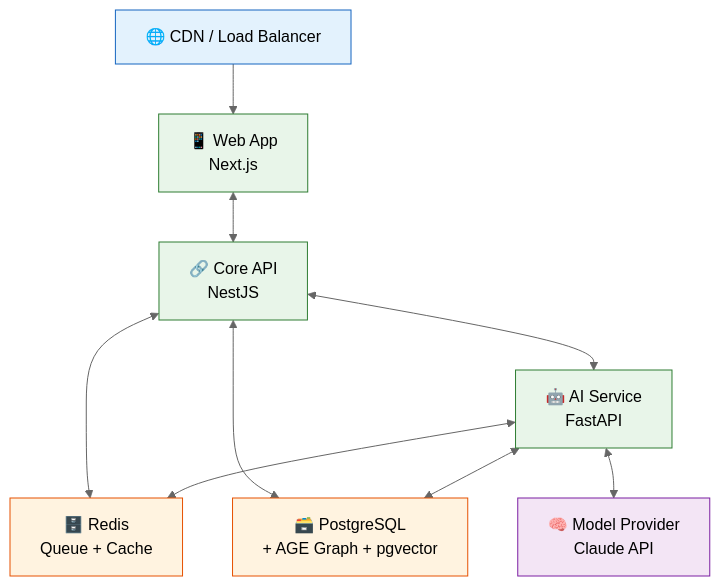
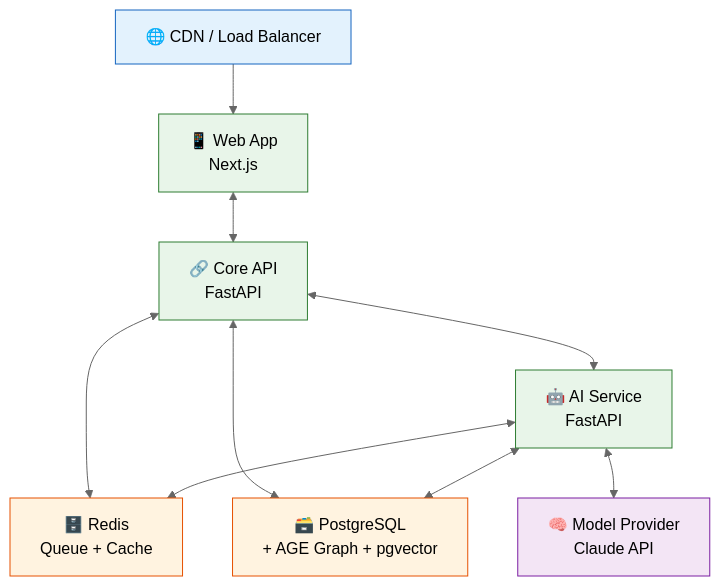
One commit to Driftloom/Vaeloom changed the diagram in docs/devops/README.md. Above: the diagram before and after it, drawn with Mermaid (neutral theme). The commit also changed other lines of this file and 159 other files, not shown here.

````diff
--- a/docs/devops/README.md
+++ b/docs/devops/README.md
@@ -26,29 +31,29 @@
 ```mermaid
 graph TD
     CDN["🌐 CDN / Load Balancer"]
     WEB["📱 Web App<br/>Next.js"]
-    API["🔗 Core API<br/>NestJS"]
+    API["🔗 Core API<br/>FastAPI"]
     AI["🤖 AI Service<br/>FastAPI"]
     REDIS["🗄️ Redis<br/>Queue + Cache"]
     DB["🗃️ PostgreSQL<br/>+ AGE Graph + pgvector"]
     MODEL["🧠 Model Provider<br/>Claude API"]
 
     CDN --> WEB
     WEB <--> API
     API <--> AI
     API <--> REDIS
     API <--> DB
     AI <--> REDIS
     AI <--> DB
     AI <--> MODEL
 
     classDef infra fill:#e3f2fd,stroke:#1565c0
     classDef app fill:#e8f5e9,stroke:#2e7d32
     classDef data fill:#fff3e0,stroke:#e65100
     classDef model fill:#f3e5f5,stroke:#7b1fa2
 
     class CDN infra
     class WEB,API,AI app
     class REDIS,DB data
     class MODEL model
 ```
````
